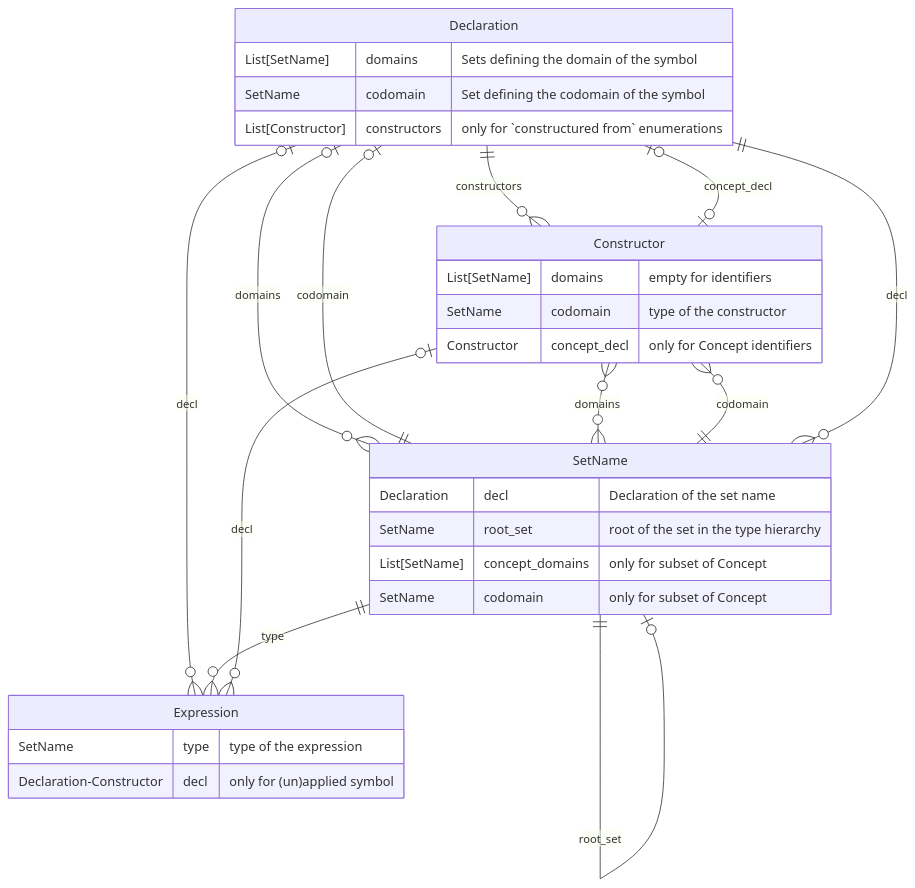
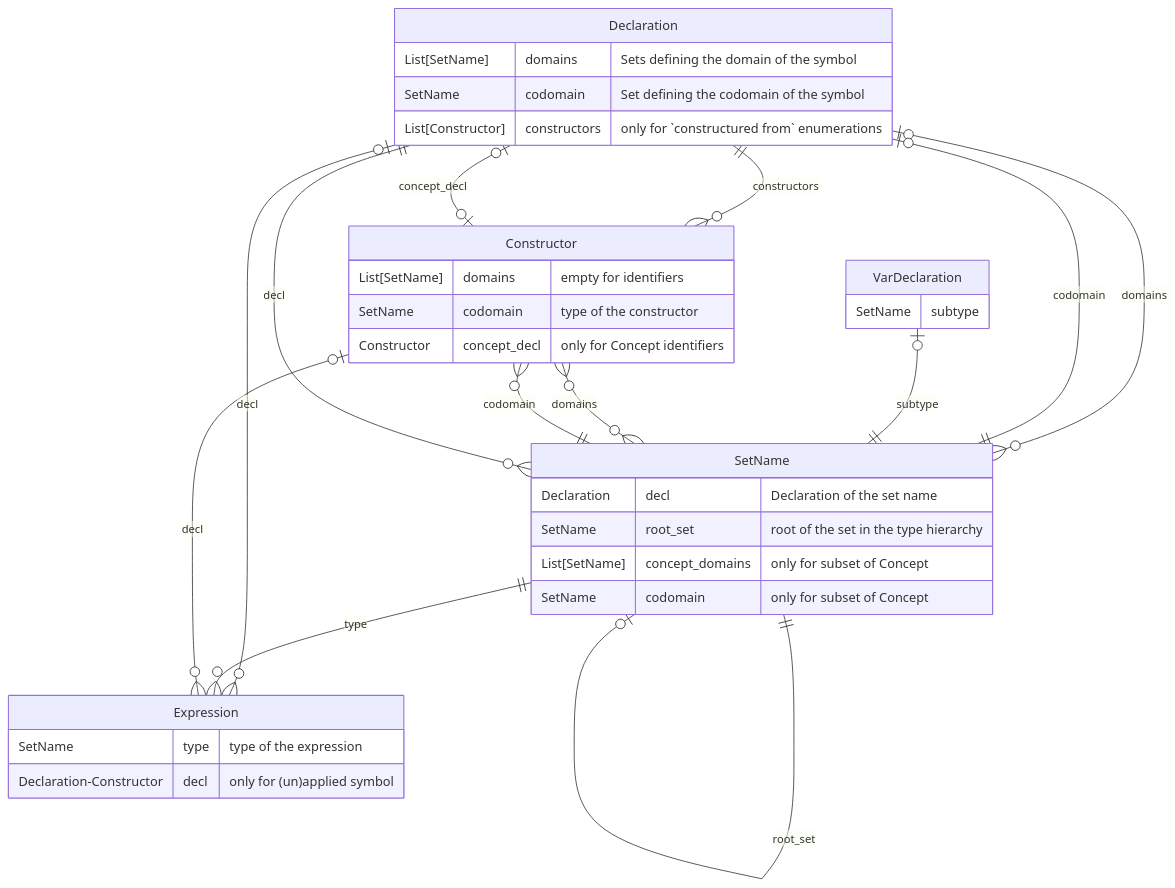
Before and after one commit to Sobhangh/IDP-Z3: the diagram in idp_engine/Diagrams.md, drawn with Mermaid.

````diff
--- a/idp_engine/Diagrams.md
+++ b/idp_engine/Diagrams.md
@@ -8,37 +8,41 @@
 ```mermaid
 erDiagram
     Declaration |o--o{ SetName : domains
     Declaration |o--|| SetName: codomain
     Declaration |o--o{ Expression: decl
+    VarDeclaration |o--|| SetName: subtype
     SetName }o--|| Declaration: decl
     SetName |o--o{ SetName: concept_domains
     SetName |o--o| SetName: codomain
     SetName ||--o{ Expression: type
     SetName ||--o| SetName: root_set
     Constructor }o--o{ SetName : domains
     Constructor }o--|| SetName : codomain
     Constructor |o--o| Declaration: concept_decl
     Constructor |o--o{ Expression: decl
     Declaration ||--o{ Constructor: constructors
 
     Declaration {
         List[SetName] domains "Sets defining the domain of the symbol"
         SetName codomain "Set defining the codomain of the symbol"
         List[Constructor] constructors "only for `constructured from` enumerations"
+    }
+    VarDeclaration {
+        SetName subtype
     }
     SetName {
         Declaration decl "Declaration of the set name"
         SetName root_set "root of the set in the type hierarchy"
         List[SetName] concept_domains "only for subset of Concept"
         SetName codomain "only for subset of Concept"
     }
     Expression {
         SetName type "type of the expression"
         Declaration-Constructor decl "only for (un)applied symbol"
     }
     Constructor {
         List[SetName] domains "empty for identifiers"
         SetName codomain  "type of the constructor"
         Constructor concept_decl "only for Concept identifiers"
     }
 ```
````
